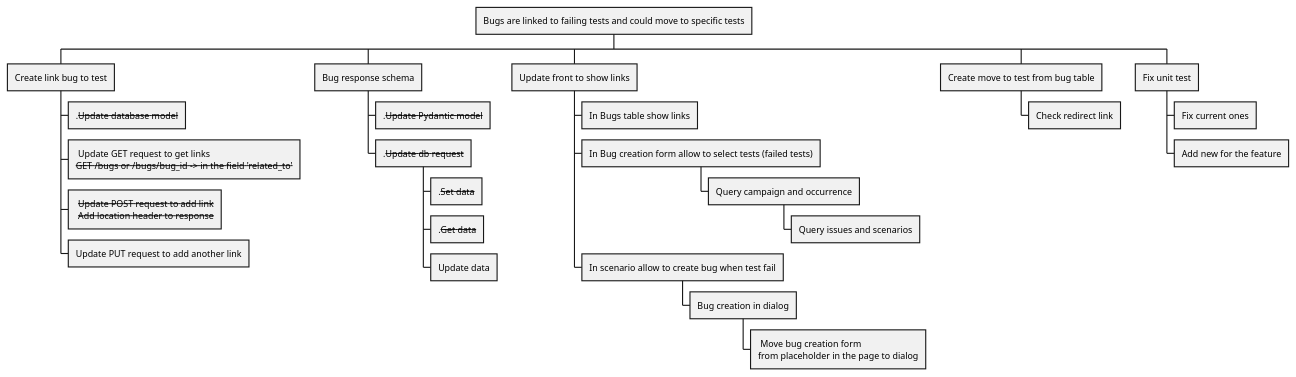
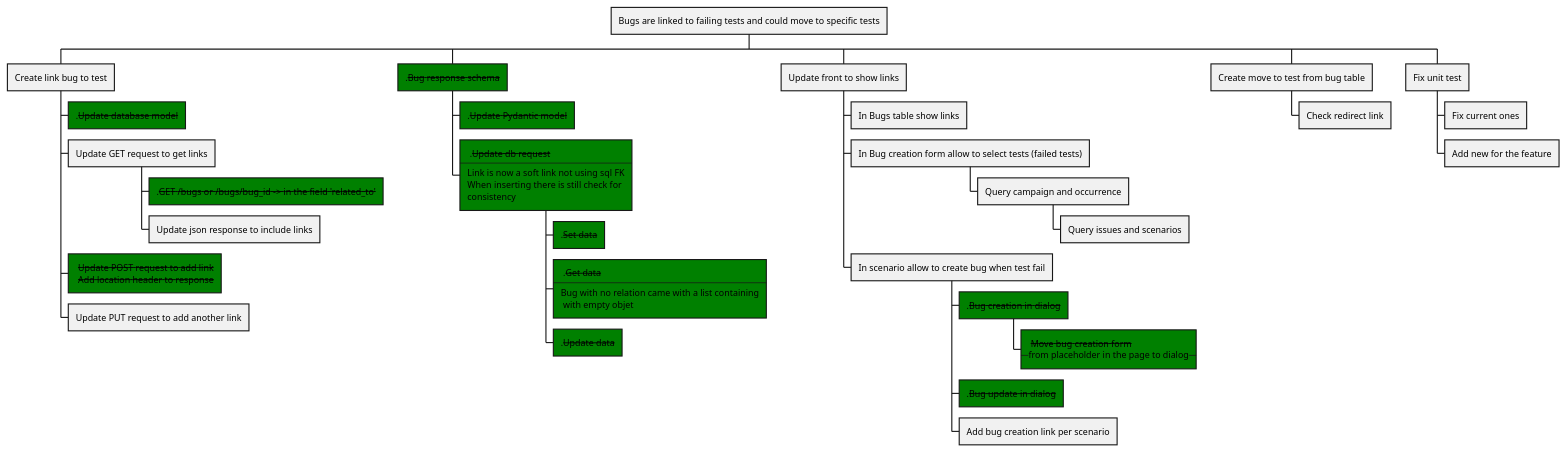
One commit to Hidden-goblin/eaidashboard changed the diagram in documentation/worklog/bug_issue_link.puml. Above: the diagram before and after it, drawn with PlantUML. The commit also changed 11 other files, not shown here.

Commit message:
Start working on 3.9: Bug linked to ticket-scenario * REST API - Linking done on create * FRONT - Move the create/update bug form from inline to dialog

```diff
--- a/documentation/worklog/bug_issue_link.puml
+++ b/documentation/worklog/bug_issue_link.puml
@@ -1,35 +1,45 @@
 @startwbs
 'https://plantuml.com/wbs-diagram
 
 'https://github.com/Hidden-goblin/eaidashboard/issues/67
 
 * Bugs are linked to failing tests and could move to specific tests
 ** Create link bug to test
-*** .--Update database model--
-***: Update GET request to get links
---GET /bugs or /bugs/bug_id -> in the field 'related_to'--;
-***: --Update POST request to add link--
+***[#green] .--Update database model--
+*** Update GET request to get links
+****[#green] .--GET /bugs or /bugs/bug_id -> in the field 'related_to'--
+**** Update json response to include links
+***[#green]: --Update POST request to add link--
  --Add location header to response--;
 *** Update PUT request to add another link
-** Bug response schema
-*** .--Update Pydantic model--
-*** .--Update db request--
-**** .--Set data--
-**** .--Get data--
-**** Update data
+**[#green] .--Bug response schema--
+***[#green] .--Update Pydantic model--
+***[#green]: .--Update db request--
+----
+Link is now a soft link not using sql FK
+When inserting there is still check for
+consistency;
+****[#green] .--Set data--
+****[#green]: .--Get data--
+----
+Bug with no relation came with a list containing
+ with empty objet;
+****[#green] .--Update data--
 ** Update front to show links
 *** In Bugs table show links
 *** In Bug creation form allow to select tests (failed tests)
 **** Query campaign and occurrence
 ***** Query issues and scenarios
 *** In scenario allow to create bug when test fail
-**** Bug creation in dialog
-*****: Move bug creation form
-from placeholder in the page to dialog;
+****[#green] .--Bug creation in dialog--
+*****[#green]: --Move bug creation form--
+--from placeholder in the page to dialog--;
+****[#green] .--Bug update in dialog--
+**** Add bug creation link per scenario
 ** Create move to test from bug table
 *** Check redirect link
 ** Fix unit test
 *** Fix current ones
 *** Add new for the feature
 
 @endwbs
```
